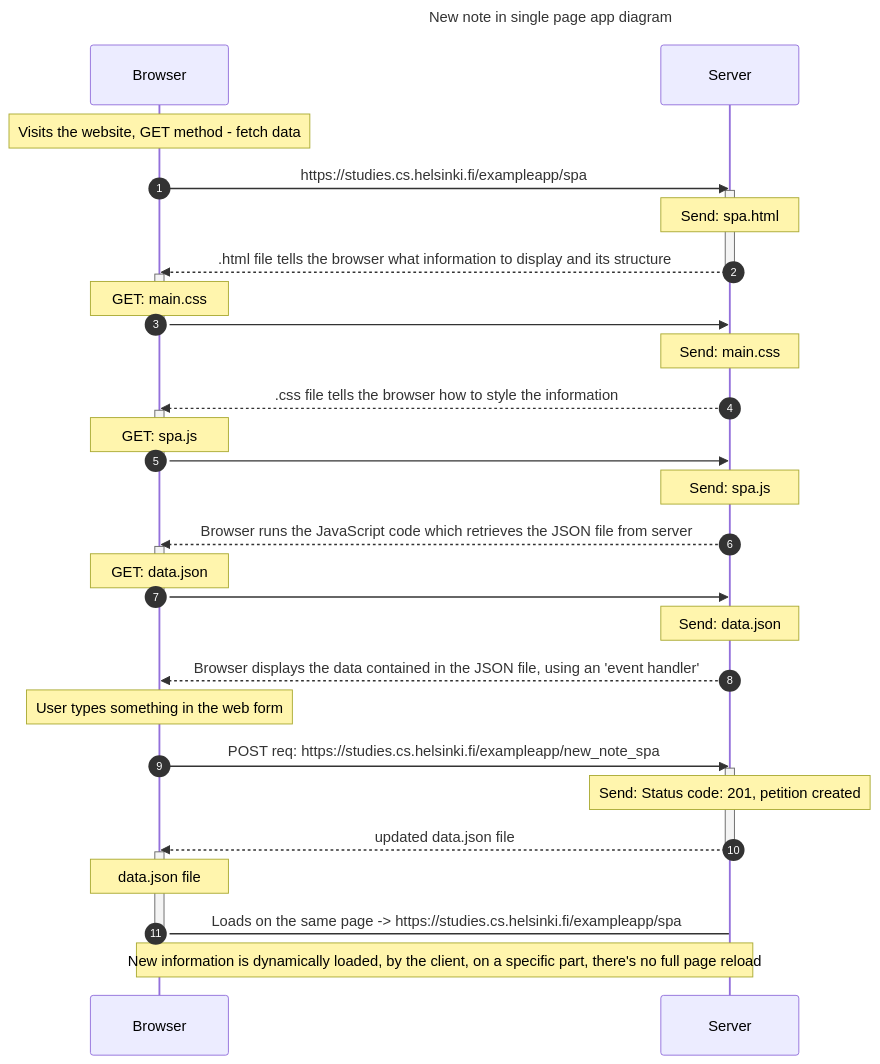
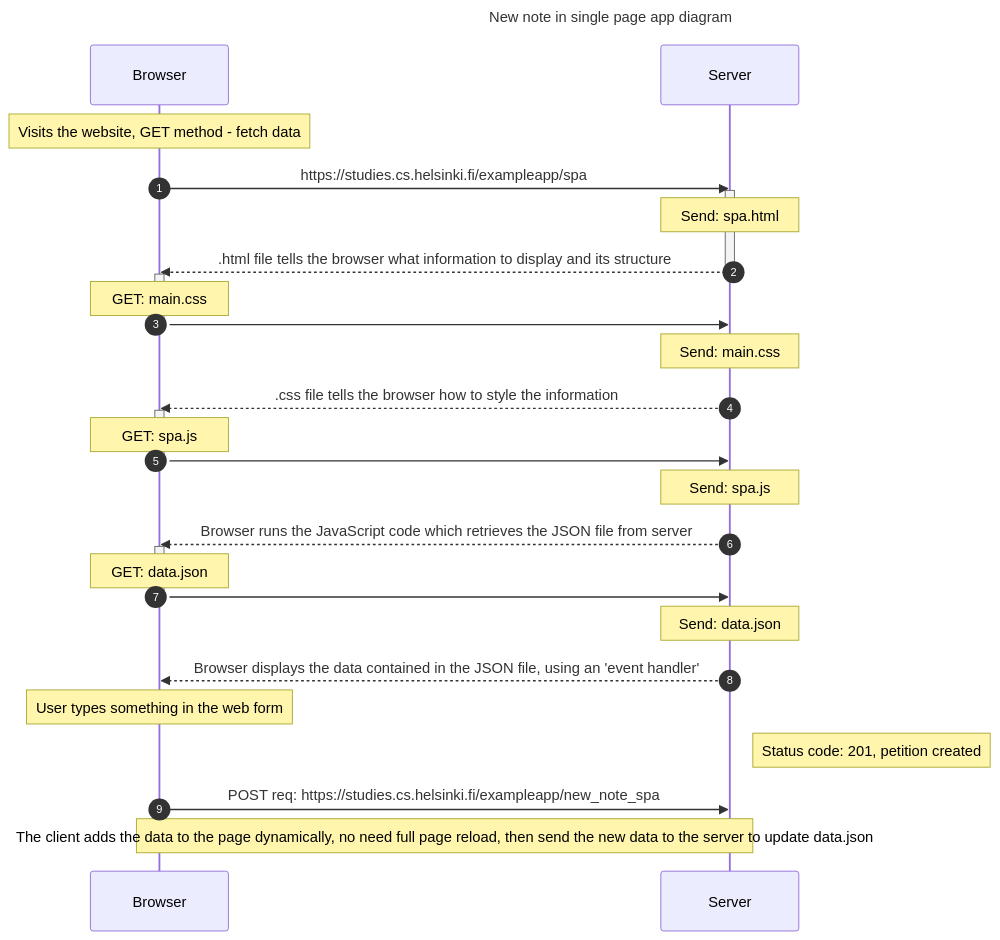
Before and after one commit to Bitlaw/fullstackopen-submissions-repository: the diagram in part0/new-note-in-single-page-app-diagram.mmd, drawn with Mermaid. The commit also changed other lines of this file, not shown here.

```diff
--- a/part0/new-note-in-single-page-app-diagram.mmd
+++ b/part0/new-note-in-single-page-app-diagram.mmd
@@ -1,51 +1,43 @@
 ---
 title: New note in single page app diagram
 ---
 
 sequenceDiagram
 
     autonumber
 
     Note over Browser:  Visits the website, GET method - fetch data
     Browser->>Server: https://studies.cs.helsinki.fi/exampleapp/spa
 
     activate Server
     Note over Server: Send: spa.html
     Server-->>Browser: .html file tells the browser what information to display and its structure
     deactivate Server
 
     activate Browser 
     Note over Browser: GET: main.css 
     Browser->>Server: 
     deactivate Browser 
     Note over Server: Send: main.css 
     Server-->>Browser: .css file tells the browser how to style the information
 
     activate Browser 
     Note over Browser: GET: spa.js 
     Browser->>Server: 
     deactivate Browser 
     Note over Server: Send: spa.js 
     Server-->>Browser: Browser runs the JavaScript code which retrieves the JSON file from server
 
     activate Browser 
     Note over Browser: GET: data.json 
     Browser->>Server: 
     deactivate Browser 
     Note over Server: Send: data.json
     Server-->>Browser: Browser displays the data contained in the JSON file, using an 'event handler'
 
-Note over Browser: User types something in the web form 
+    Note over Browser: User types something in the web form 
+    Note right of Server: Status code: 201, petition created
     Browser->>Server: POST req: https://studies.cs.helsinki.fi/exampleapp/new_note_spa
+   
 
-    activate Server
-    Note over Server: Send: Status code: 201, petition created
-    Server-->>Browser: updated data.json  file
-    deactivate Server
-
-    activate Browser 
-    Note over Browser: data.json file 
-    Browser->Server: Loads on the same page -> https://studies.cs.helsinki.fi/exampleapp/spa
-    deactivate Browser 
- 
- Note over Browser, Server: New information is dynamically loaded, by the client, on a specific part, there's no full page reload
+    Note over Browser, Server: The client adds the data to the page dynamically, no need full page reload, then send the new data to the server to update data.json
```
